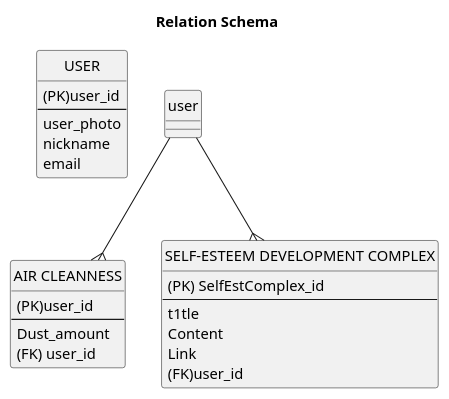
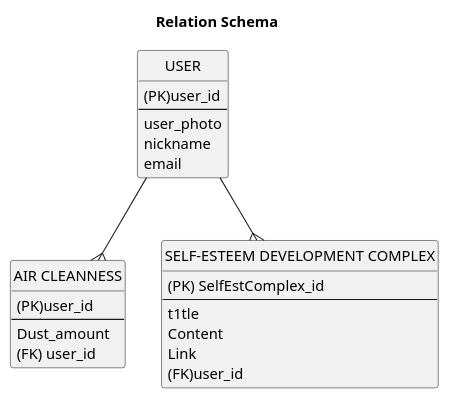
The diagram in 2-SoftwareDesign/2.7-PlantUML/DataModel.puml (oleksandrblazhko/ai203-sultanov), drawn with PlantUML before and after one commit.

```diff
--- a/2-SoftwareDesign/2.7-PlantUML/DataModel.puml
+++ b/2-SoftwareDesign/2.7-PlantUML/DataModel.puml
@@ -1,31 +1,31 @@
 @startuml
 title Relation Schema
 hide circle
 entity "USER" as User {
   (PK)user_id
   --
   user_photo
   nickname
   email
 }
 
 entity "AIR CLEANNESS" as airCleanness {
   (PK)user_id
   --
   Dust_amount
   (FK) user_id
 }
 
 entity "SELF-ESTEEM DEVELOPMENT COMPLEX" as SelfEstDevComplx {
   (PK) SelfEstComplex_id
   --
   t1tle
   Content
   Link
   (FK)user_id
 }
 
-user --{ airCleanness
-user --{ SelfEstDevComplx
+User --{ airCleanness
+User --{ SelfEstDevComplx
 
 @enduml
```
